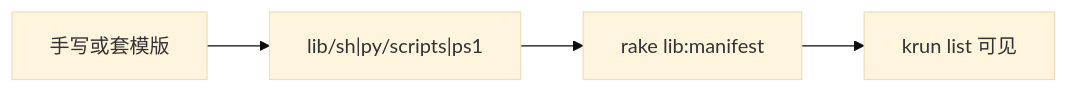
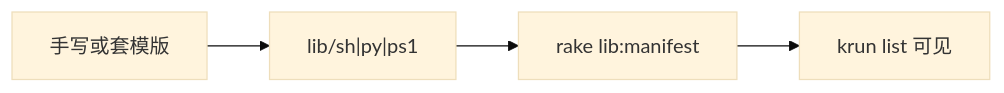
The fourth of 4 diagrams in README.md (kevin197011/krun), drawn with Mermaid (base theme) before and after one commit. The commit also changed other lines of this file and 170 other files, not shown here.

````diff
--- a/README.md
+++ b/README.md
@@ -98,6 +98,6 @@
 ```mermaid
 flowchart LR
-    A["手写或套模版"] --> B["lib/sh|py/scripts|ps1"]
+    A["手写或套模版"] --> B["lib/sh|py|ps1"]
     B --> C["rake lib:manifest"]
     C --> D["krun list 可见"]
 ```
````
